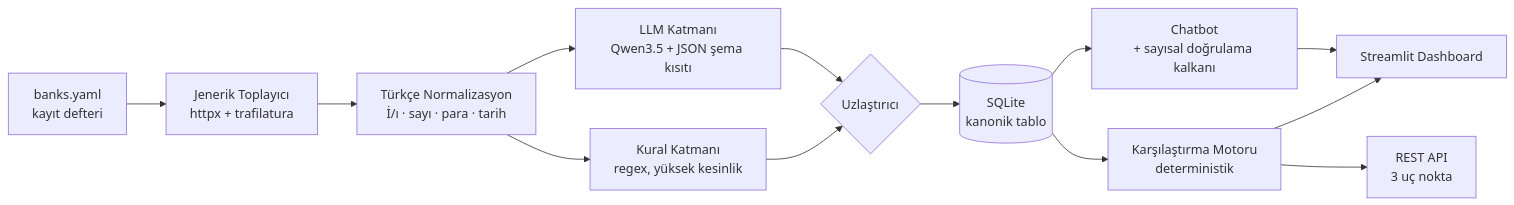
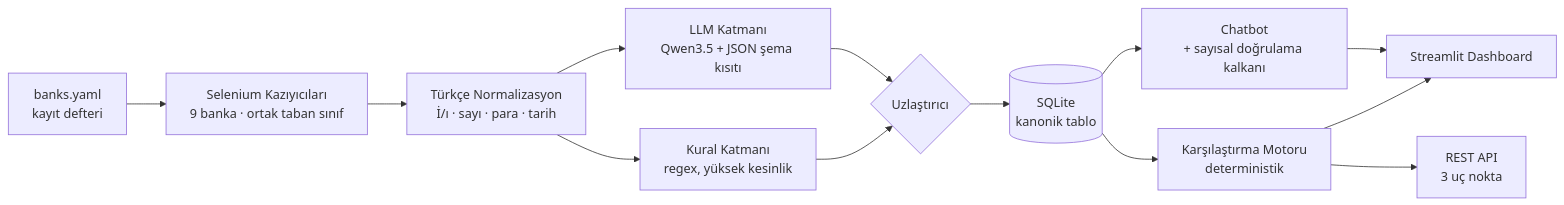
One commit to erenkendir722/ai-agent-nlp changed the diagram in README.md. Above: the diagram before and after it, drawn with Mermaid. The commit also changed other lines of this file and 1 other file, not shown here.

````diff
--- a/README.md
+++ b/README.md
@@ -33,15 +33,15 @@
 ```mermaid
 flowchart LR
-    A[banks.yaml<br/>kayıt defteri] --> B[Jenerik Toplayıcı<br/>httpx + trafilatura]
+    A[banks.yaml<br/>kayıt defteri] --> B[Selenium Kazıyıcıları<br/>9 banka · ortak taban sınıf]
     B --> C[Türkçe Normalizasyon<br/>İ/ı · sayı · para · tarih]
     C --> D1[Kural Katmanı<br/>regex, yüksek kesinlik]
     C --> D2[LLM Katmanı<br/>Qwen3.5 + JSON şema kısıtı]
     D1 --> E{Uzlaştırıcı}
     D2 --> E
     E --> F[(SQLite<br/>kanonik tablo)]
     F --> G[Karşılaştırma Motoru<br/>deterministik]
     F --> H[Chatbot<br/>+ sayısal doğrulama kalkanı]
     G --> I[Streamlit Dashboard]
     H --> I
     G --> J[REST API<br/>3 uç nokta]
 ```
````
